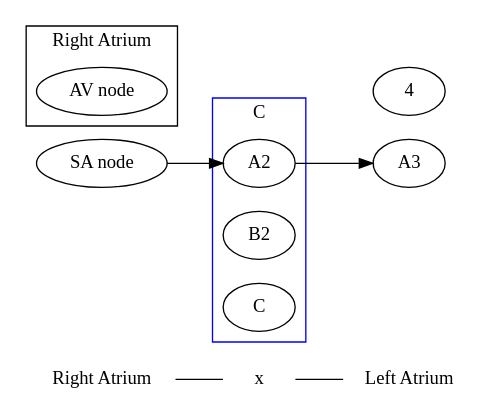
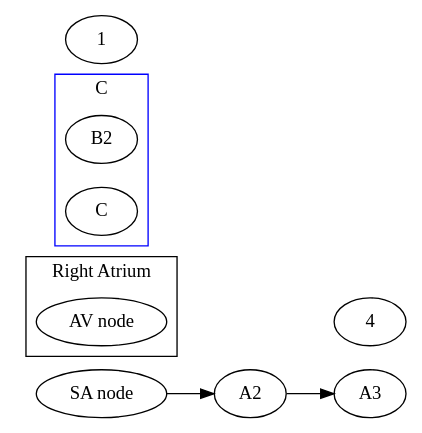
One commit to meirisoda/school_spring2024 changed the second of 2 diagrams in NURS380_Practicum/Topics/EKG/EKG and Rhythms.md. Above: the diagram before and after it, drawn with Graphviz.

Commit message:
vault backup: 2024-02-19 17:46:27

````diff
--- a/NURS380_Practicum/Topics/EKG/EKG and Rhythms.md
+++ b/NURS380_Practicum/Topics/EKG/EKG and Rhythms.md
@@ -209,37 +209,32 @@
 ```dot
 digraph g{
 	rankdir = LR;
 	node [shape = none]
-	1 [label="Right Atrium"];
-	2 [label="x"];
-	3 [label="Left Atrium"];
-	
-	1->2->3[arrowhead=none]
 	
 	node [shape = ellipse]
 	
 	A->A2->A3;
 
 	subgraph cluster0{
 		shape=rect;
 		rank=same;
 		A [label="SA node"];
 		B [label="AV node"];
 		label="Right Atrium";
 	}
 	
 	subgraph cluster1{
 		shape = rect;
 		rank=same;
 		A2;
 		B2;
 		C;
 		color=blue;
 		label="C";
 	}
 	
 	{ rank=same; 1; A;}
-	{ rank=same; 3;}
+	{ rank=same; A2;}
 	{ rank=same; 4; A3;}
 }
 ```
````
